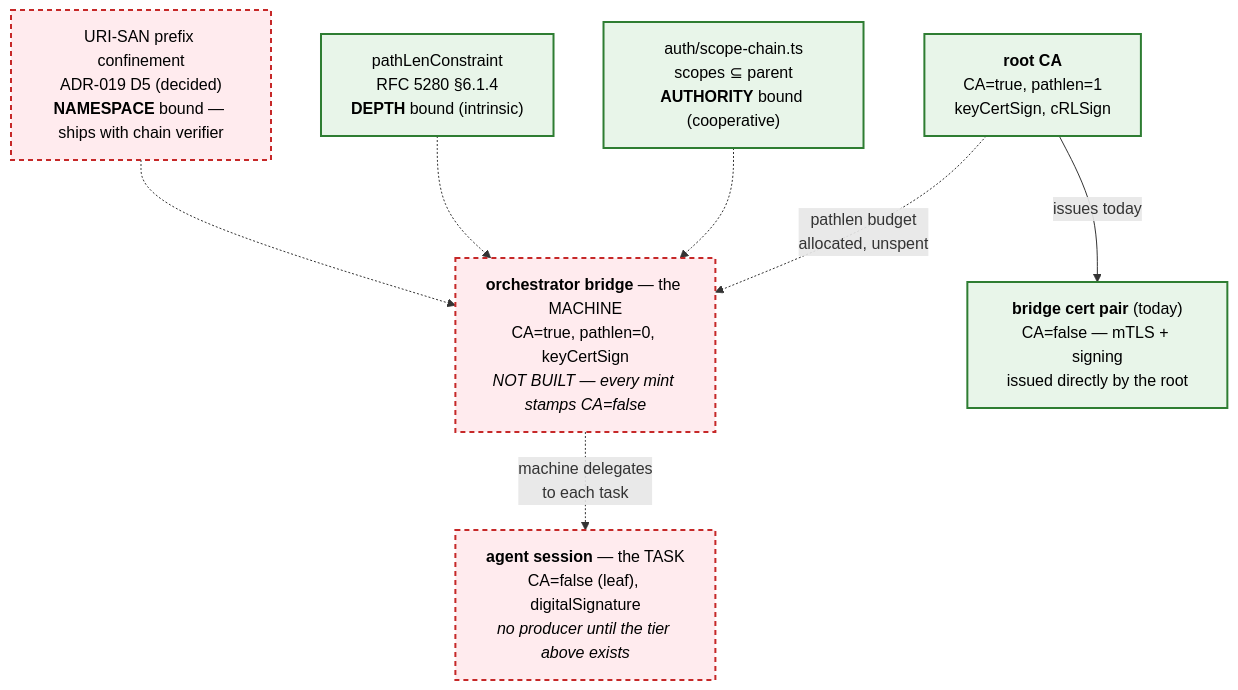
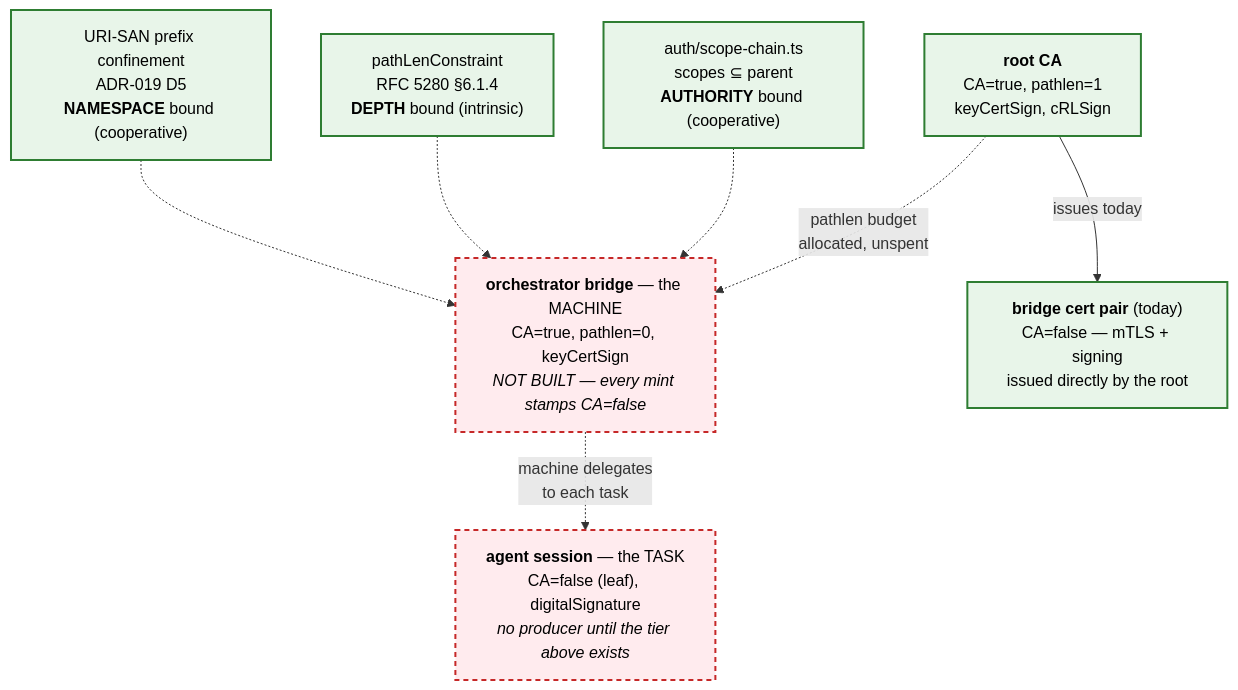
The fourth of 5 diagrams in ARCHITECTURE.md (agentic-research/notme), drawn with Mermaid before and after one commit. The commit also changed 8 other files, not shown here.

````diff
--- a/ARCHITECTURE.md
+++ b/ARCHITECTURE.md
@@ -120,22 +120,22 @@
 ```mermaid
 graph TD
     classDef built fill:#e8f5e9,stroke:#2e7d32,stroke-width:2px,color:#000
     classDef gap fill:#ffebee,stroke:#c62828,stroke-width:2px,stroke-dasharray:5 4,color:#000
 
     ROOT["<b>root CA</b><br/>CA=true, pathlen=1<br/>keyCertSign, cRLSign"]:::built
     BRIDGE["<b>orchestrator bridge</b> — the MACHINE<br/>CA=true, pathlen=0, keyCertSign<br/><i>NOT BUILT — every mint stamps CA=false</i>"]:::gap
     TASK["<b>agent session</b> — the TASK<br/>CA=false (leaf), digitalSignature<br/><i>no producer until the tier above exists</i>"]:::gap
     LEAF["<b>bridge cert pair</b> (today)<br/>CA=false — mTLS + signing<br/>issued directly by the root"]:::built
 
     ROOT -->|"issues today"| LEAF
     ROOT -.->|"pathlen budget<br/>allocated, unspent"| BRIDGE
     BRIDGE -.->|"machine delegates<br/>to each task"| TASK
 
     SCOPES["auth/scope-chain.ts<br/>scopes ⊆ parent<br/><b>AUTHORITY</b> bound (cooperative)"]:::built
     PATH["pathLenConstraint<br/>RFC 5280 §6.1.4<br/><b>DEPTH</b> bound (intrinsic)"]:::built
-    NAMES["URI-SAN prefix confinement<br/>ADR-019 D5 (decided)<br/><b>NAMESPACE</b> bound — ships with chain verifier"]:::gap
+    NAMES["URI-SAN prefix confinement<br/>ADR-019 D5<br/><b>NAMESPACE</b> bound (cooperative)"]:::built
 
     SCOPES -.-> BRIDGE
     PATH -.-> BRIDGE
     NAMES -.-> BRIDGE
 ```
````
